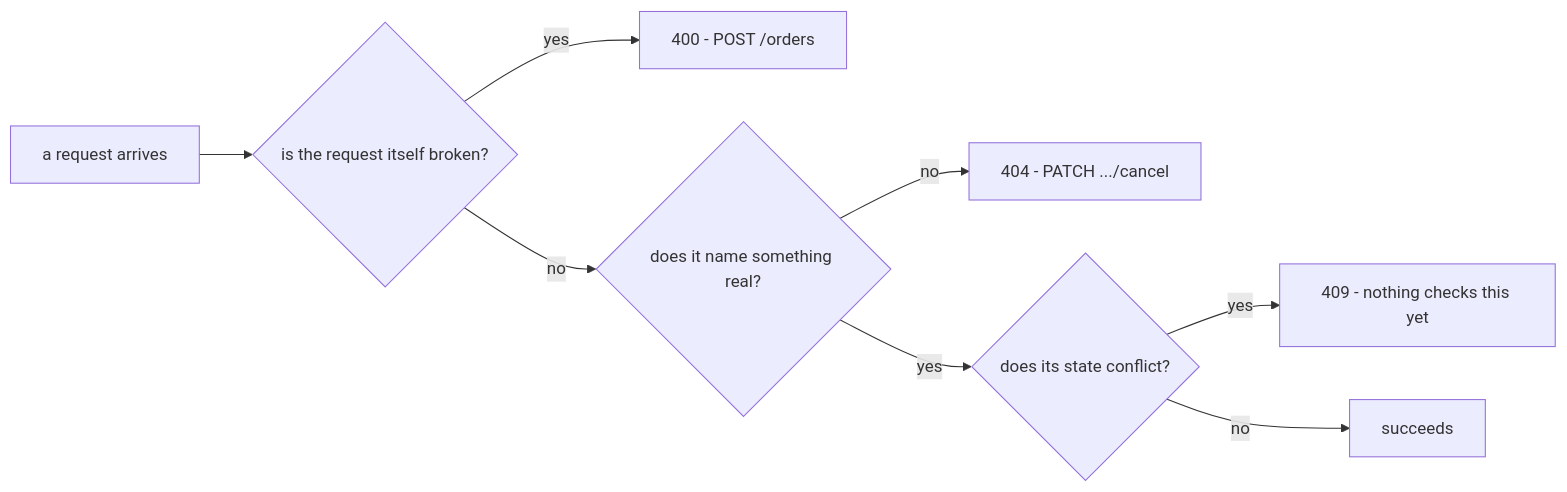
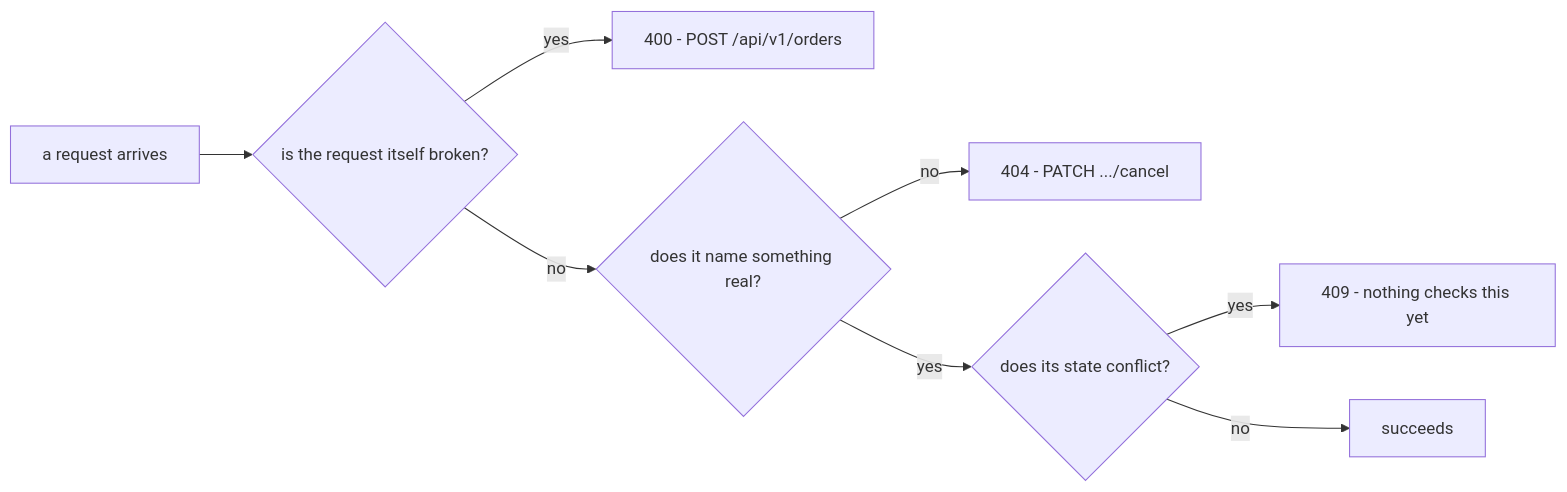
One commit to duyan11110/lo-trinh-architect changed the diagram in content/tracks/backend/validation-errors-logging/backend.l1.choosing-an-error-status.en.md. Above: the diagram before and after it, drawn with Mermaid. The commit also changed other lines of this file and 3 other files, not shown here.

````diff
--- a/content/tracks/backend/validation-errors-logging/backend.l1.choosing-an-error-status.en.md
+++ b/content/tracks/backend/validation-errors-logging/backend.l1.choosing-an-error-status.en.md
@@ -40,10 +40,10 @@
 ```mermaid
 flowchart LR
   A[a request arrives] --> B{is the request itself broken?}
-  B -->|yes| C[400 - POST /orders]
+  B -->|yes| C[400 - POST /api/v1/orders]
   B -->|no| D{does it name something real?}
   D -->|no| E[404 - PATCH .../cancel]
   D -->|yes| F{does its state conflict?}
   F -->|yes| G[409 - nothing checks this yet]
   F -->|no| H[succeeds]
 ```
````
